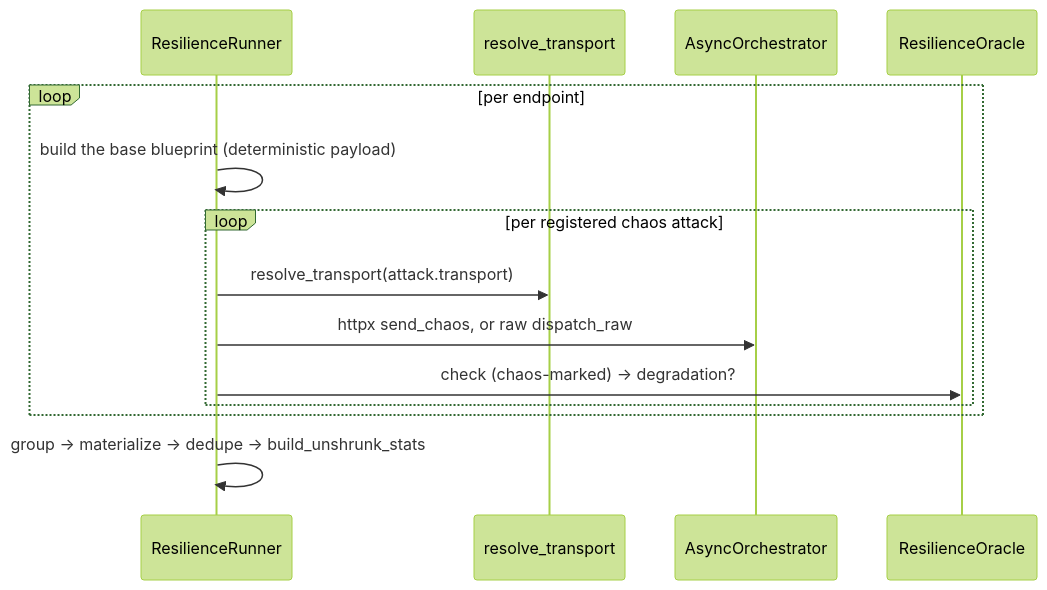
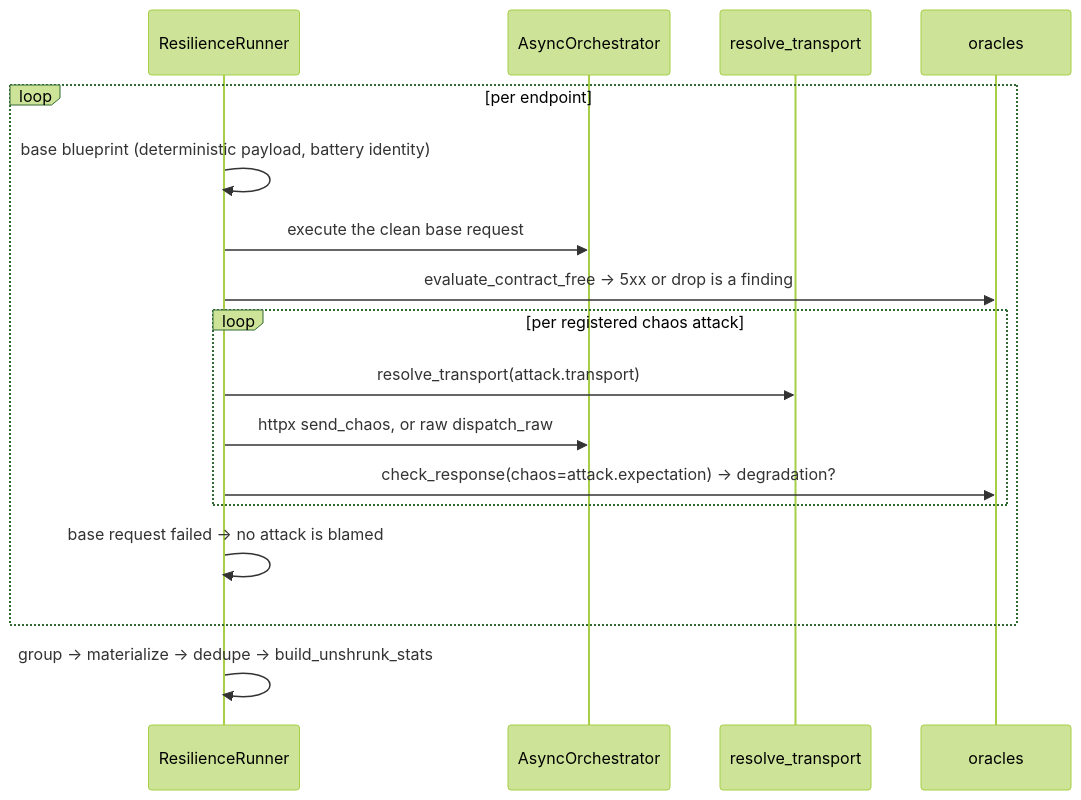
Before and after one commit to Spec-Forge-Testing/specforge-docs: the fifth of 6 diagrams in docs/modules/specforge-engine/execution-modes.md, drawn with Mermaid (forest theme). The commit also changed other lines of this file and 14 other files, not shown here.

````diff
--- a/docs/modules/specforge-engine/execution-modes.md
+++ b/docs/modules/specforge-engine/execution-modes.md
@@ -315,17 +321,20 @@
 ```mermaid
 sequenceDiagram
     participant RN as ResilienceRunner
+    participant Orch as AsyncOrchestrator
     participant T as resolve_transport
-    participant Orch as AsyncOrchestrator
-    participant Or as ResilienceOracle
+    participant Or as oracles
 
     loop per endpoint
-        RN->>RN: build the base blueprint (deterministic payload)
+        RN->>RN: base blueprint (deterministic payload, battery identity)
+        RN->>Orch: execute the clean base request
+        RN->>Or: evaluate_contract_free → 5xx or drop is a finding
         loop per registered chaos attack
             RN->>T: resolve_transport(attack.transport)
             RN->>Orch: httpx send_chaos, or raw dispatch_raw
-            RN->>Or: check (chaos-marked) → degradation?
+            RN->>Or: check_response(chaos=attack.expectation) → degradation?
         end
+        RN->>RN: base request failed → no attack is blamed
     end
     RN->>RN: group → materialize → dedupe → build_unshrunk_stats
 ```
````
